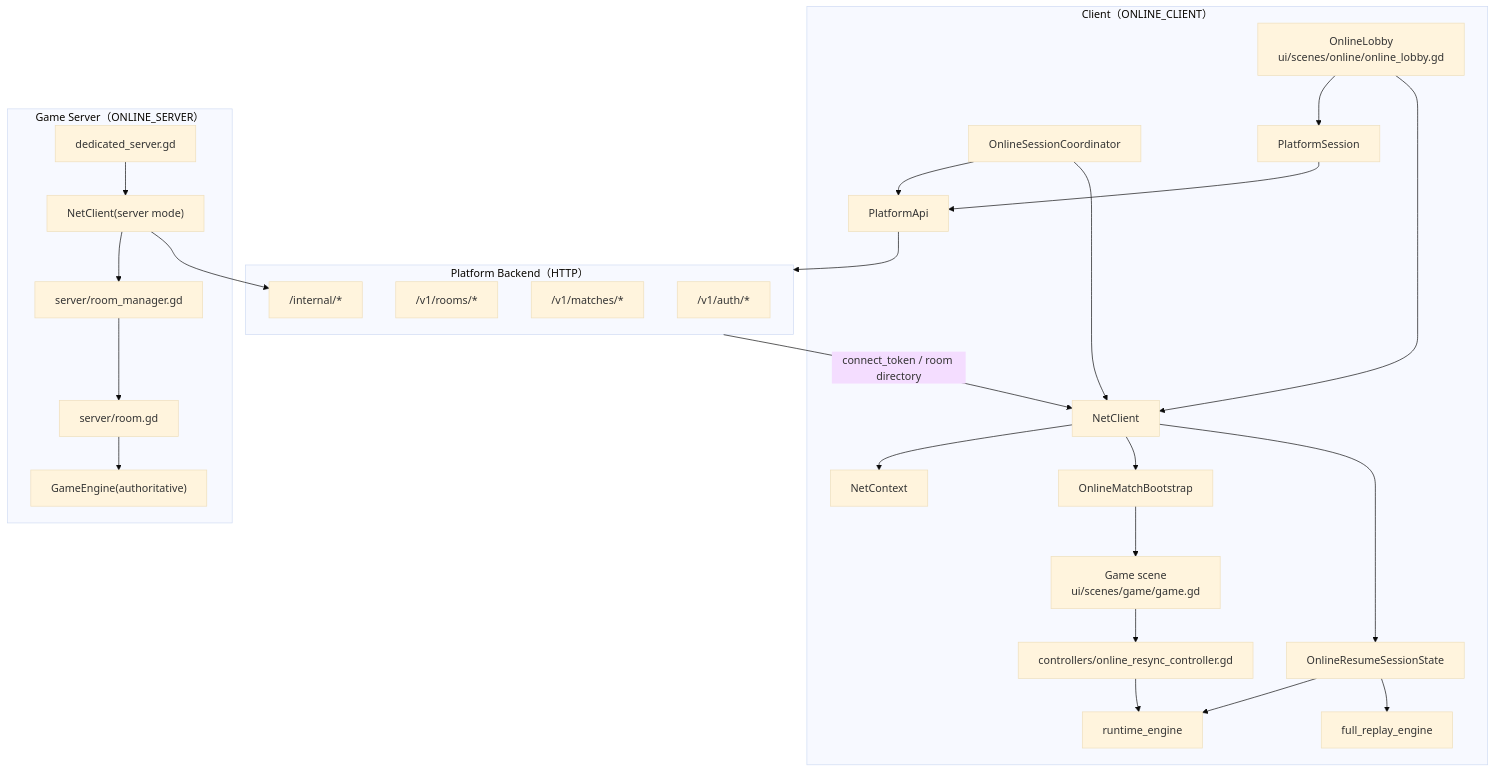
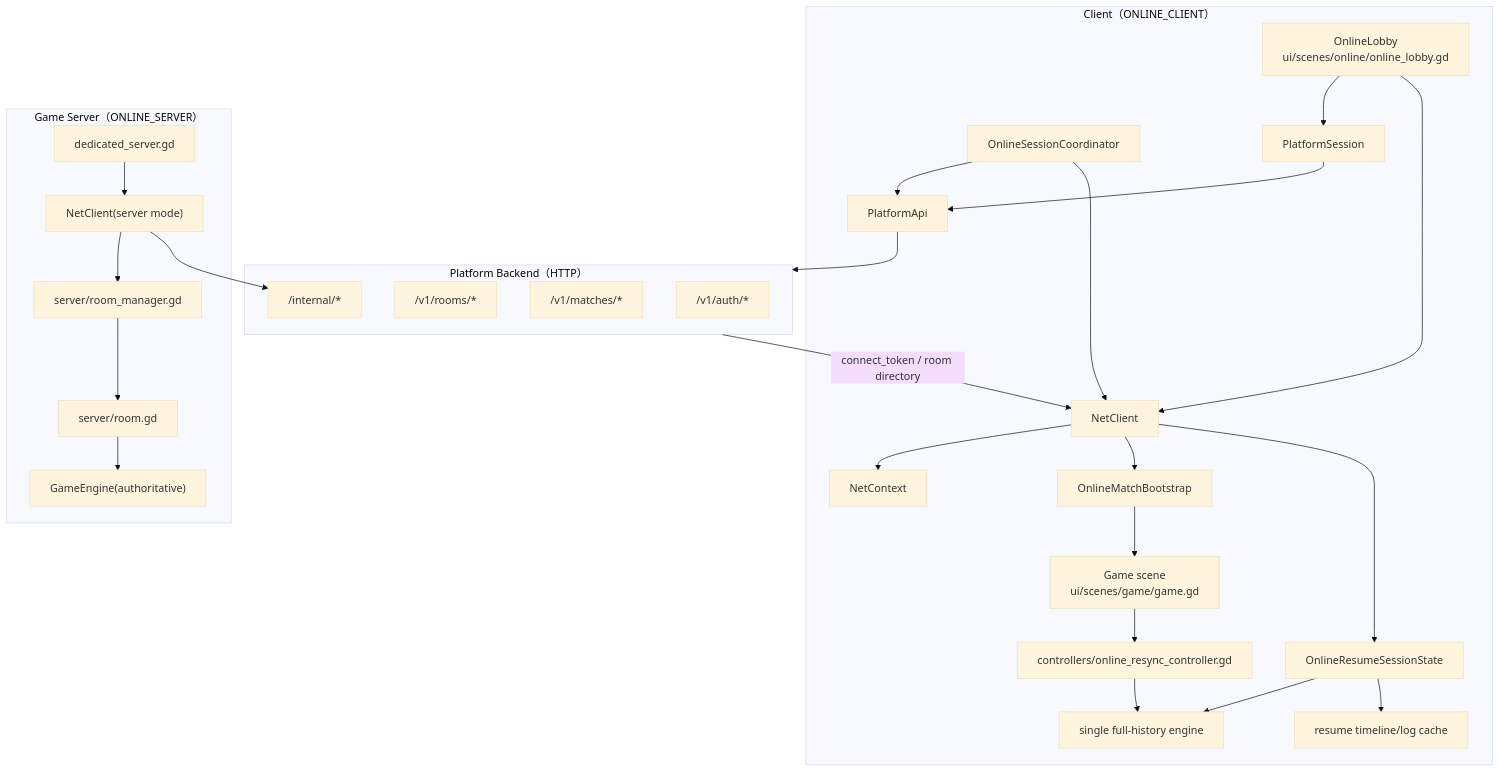
One commit to ygowill/food_chain_magnate changed the first of 2 diagrams in docs/architecture/70-online-multiplayer.md. Above: the diagram before and after it, drawn with Mermaid (base theme). The commit also changed other lines of this file and 28 other files, not shown here.

Commit message:
refactor(online): switch resume bootstrap to single full engine

````diff
--- a/docs/architecture/70-online-multiplayer.md
+++ b/docs/architecture/70-online-multiplayer.md
@@ -12,48 +12,48 @@
 ```mermaid
 flowchart TB
   subgraph Client["Client（ONLINE_CLIENT）"]
     Lobby["OnlineLobby\nui/scenes/online/online_lobby.gd"]
     Game["Game scene\nui/scenes/game/game.gd"]
     Resume["OnlineSessionCoordinator"]
     Bootstrap["OnlineMatchBootstrap"]
     PlatformSession["PlatformSession"]
     PlatformApi["PlatformApi"]
     NetClientC["NetClient"]
     NetCtx["NetContext"]
     ResyncCtl["controllers/online_resync_controller.gd"]
-    Runtime["runtime_engine"]
-    FullReplay["full_replay_engine"]
+    FullLive["single full-history engine"]
+    ResumeCache["resume timeline/log cache"]
     SessionState["OnlineResumeSessionState"]
   end
 
   subgraph Backend["Platform Backend（HTTP）"]
     Auth["/v1/auth/*"]
     Rooms["/v1/rooms/*"]
     Matches["/v1/matches/*"]
     Internal["/internal/*"]
   end
 
   subgraph Server["Game Server（ONLINE_SERVER）"]
     Dedicated["dedicated_server.gd"]
     NetClientS["NetClient(server mode)"]
     RoomMgr["server/room_manager.gd"]
     Room["server/room.gd"]
     EngineS["GameEngine(authoritative)"]
   end
 
   Lobby --> PlatformSession --> PlatformApi --> Backend
   Lobby --> NetClientC
   Resume --> PlatformApi
   Resume --> NetClientC
   NetClientC --> NetCtx
   NetClientC --> Bootstrap
   Bootstrap --> Game
-  Game --> ResyncCtl --> Runtime
-  NetClientC --> SessionState
-  SessionState --> Runtime
-  SessionState --> FullReplay
+    Game --> ResyncCtl --> FullLive
+    NetClientC --> SessionState
+    SessionState --> FullLive
+    SessionState --> ResumeCache
 
   Dedicated --> NetClientS --> RoomMgr --> Room --> EngineS
   NetClientS --> Internal
   Backend -->|"connect_token / room directory"| NetClientC
 ```
````
